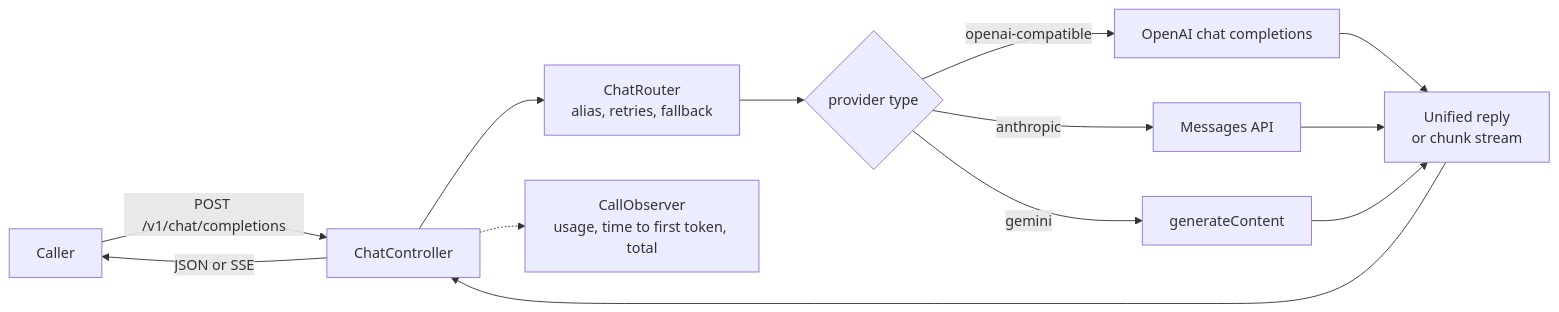
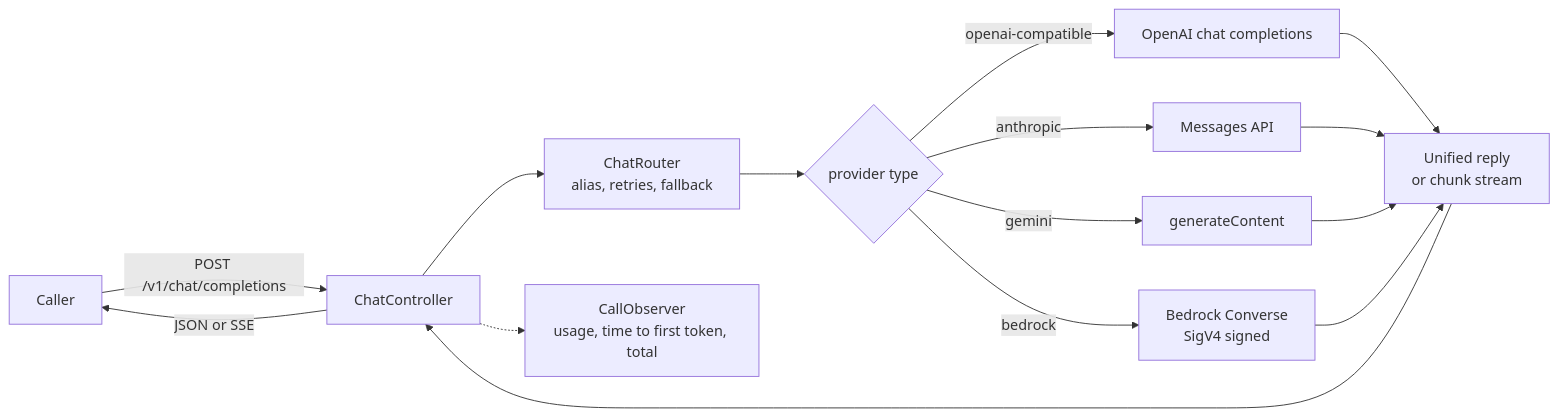
One commit to rmkr-dev/rag-eval-gateway changed the first of 3 diagrams in docs/providers.md. Above: the diagram before and after it, drawn with Mermaid. The commit also changed other lines of this file and 4 other files, not shown here.

````diff
--- a/docs/providers.md
+++ b/docs/providers.md
@@ -6,13 +7,14 @@
 ```mermaid
 flowchart LR
     App[Caller] -->|POST /v1/chat/completions| C[ChatController]
     C --> R[ChatRouter<br/>alias, retries, fallback]
     R --> T{provider type}
     T -->|openai-compatible| O[OpenAI chat completions]
     T -->|anthropic| A[Messages API]
     T -->|gemini| G[generateContent]
-    O & A & G --> U[Unified reply<br/>or chunk stream]
+    T -->|bedrock| B[Bedrock Converse<br/>SigV4 signed]
+    O & A & G & B --> U[Unified reply<br/>or chunk stream]
     U --> C
     C -->|JSON or SSE| App
     C -.-> Obs[CallObserver<br/>usage, time to first token, total]
 ```
````
